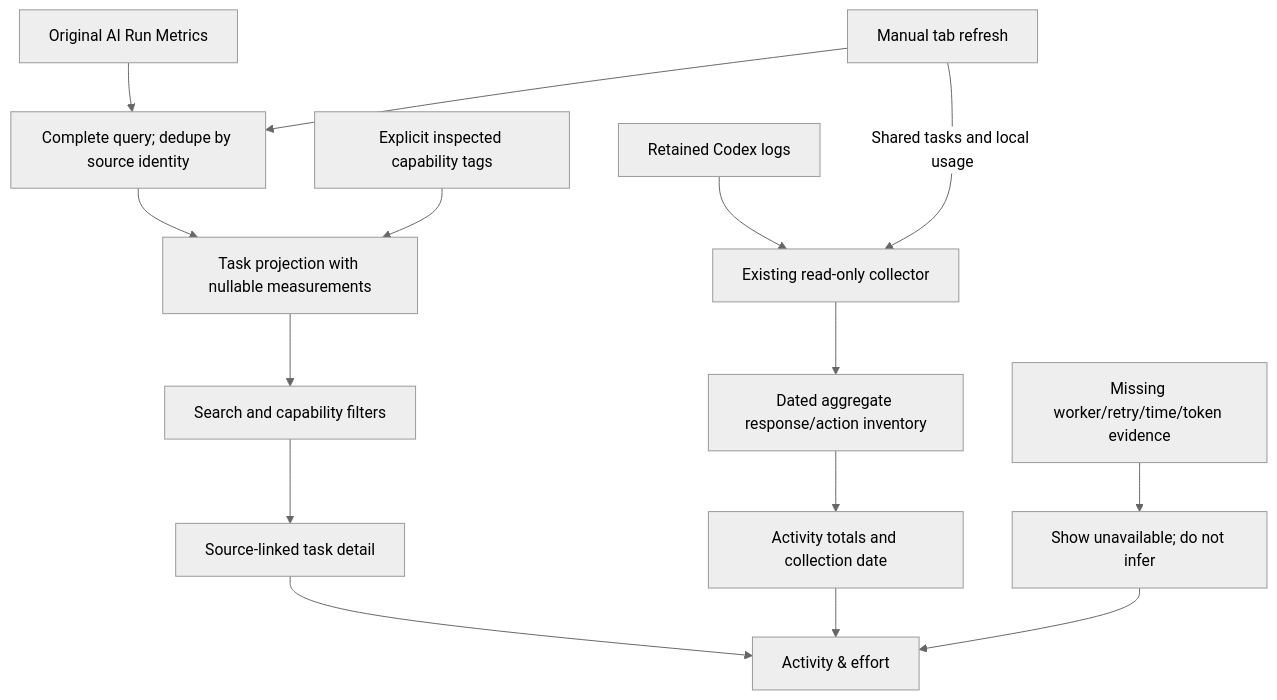
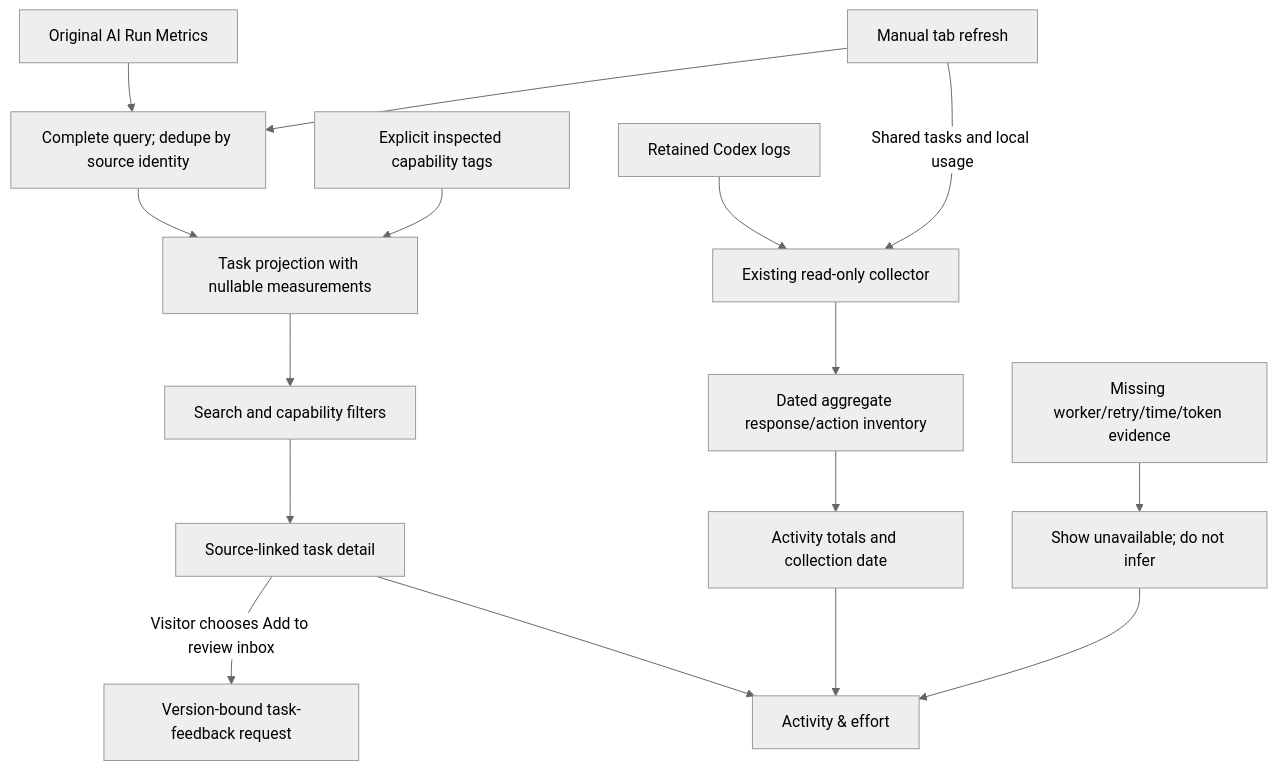
The fourth of 7 diagrams in docs/dashboard-dataflows.md (olilifts88/meridian-labs), drawn with Mermaid (neutral theme) before and after one commit. The commit also changed other lines of this file and 1 other file, not shown here.

Commit message:
Document dashboard label alerts and task usefulness feedback (#5)

````diff
--- a/docs/dashboard-dataflows.md
+++ b/docs/dashboard-dataflows.md
@@ -57,14 +61,15 @@
 ```mermaid
 flowchart TD
  N["Original AI Run Metrics"] --> V["Complete query; dedupe by source identity"]
  V --> T["Task projection with nullable measurements"]
  C["Explicit inspected capability tags"] --> T
  L["Retained Codex logs"] --> G["Existing read-only collector"] --> U["Dated aggregate response/action inventory"]
  T --> H["Search and capability filters"] --> E["Source-linked task detail"]
  U --> A["Activity totals and collection date"]
+ E -->|"Visitor chooses Add to review inbox"| F["Version-bound task-feedback request"]
  E --> P["Activity & effort"]
  A --> P
  X["Missing worker/retry/time/token evidence"] --> Z["Show unavailable; do not infer"] --> P
  R["Manual tab refresh"] -->|"Shared tasks and local usage"| G
  R --> V
 ```
````
